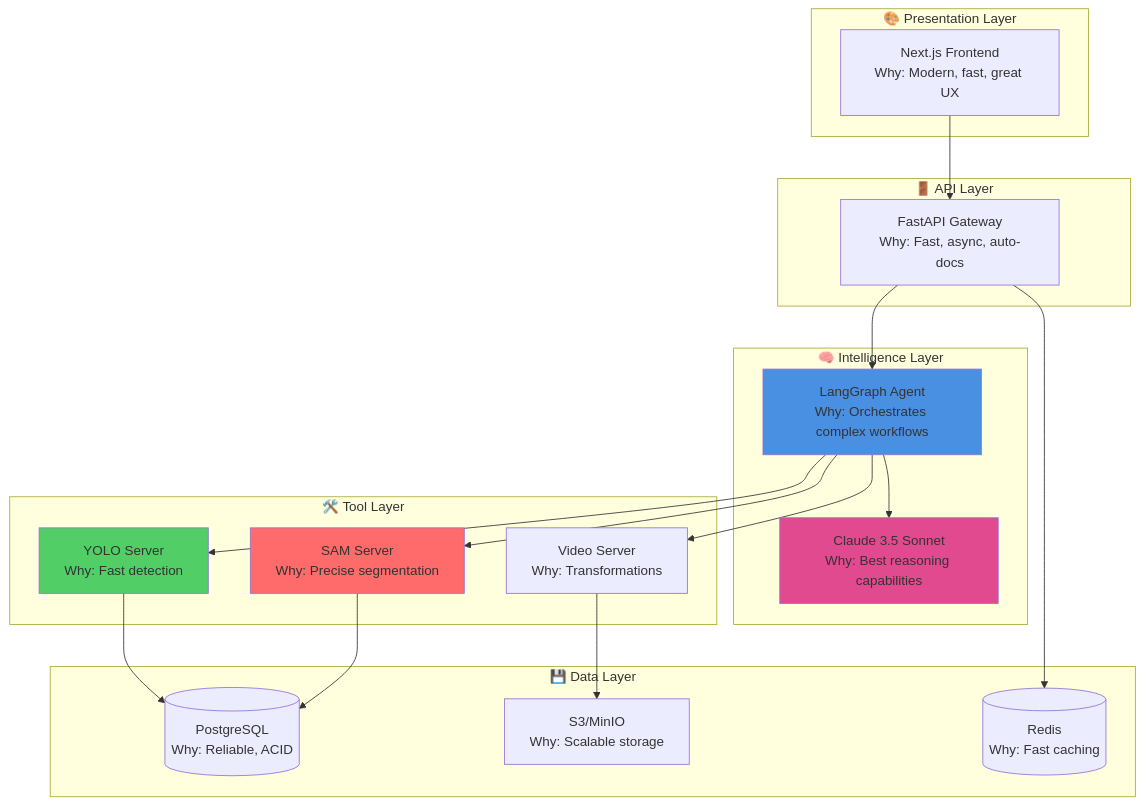
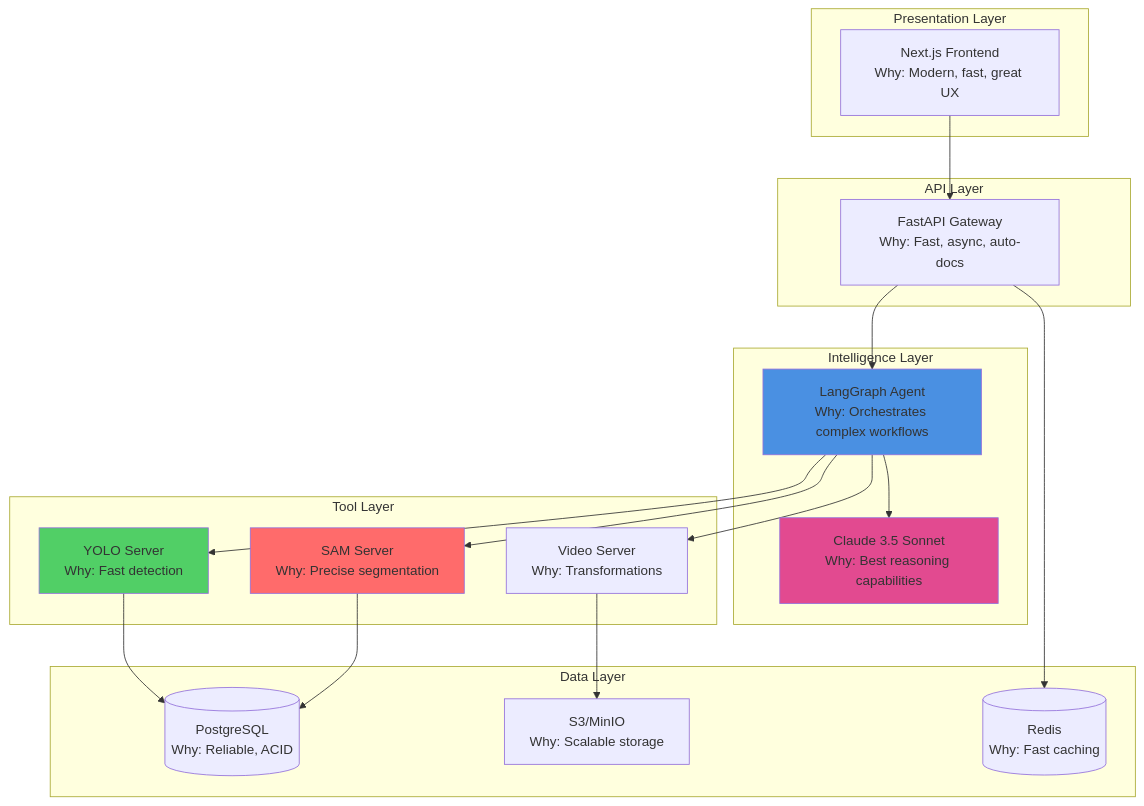
One commit to Omenranr/rag-video changed the third of 35 diagrams in README.md. Above: the diagram before and after it, drawn with Mermaid. The commit also changed other lines of this file, not shown here.

````diff
--- a/README.md
+++ b/README.md
@@ -71,43 +71,43 @@
 ```mermaid
 graph TB
-    subgraph "🎨 Presentation Layer"
+    subgraph "Presentation Layer"
         UI[Next.js Frontend<br/>Why: Modern, fast, great UX]
     end
     
-    subgraph "🚪 API Layer"
+    subgraph "API Layer"
         API[FastAPI Gateway<br/>Why: Fast, async, auto-docs]
     end
     
-    subgraph "🧠 Intelligence Layer"
+    subgraph "Intelligence Layer"
         Agent[LangGraph Agent<br/>Why: Orchestrates complex workflows]
         Claude[Claude 3.5 Sonnet<br/>Why: Best reasoning capabilities]
     end
     
-    subgraph "🛠️ Tool Layer"
+    subgraph "Tool Layer"
         YOLO[YOLO Server<br/>Why: Fast detection]
         SAM[SAM Server<br/>Why: Precise segmentation]
         Video[Video Server<br/>Why: Transformations]
     end
     
-    subgraph "💾 Data Layer"
+    subgraph "Data Layer"
         DB[(PostgreSQL<br/>Why: Reliable, ACID)]
         Storage[S3/MinIO<br/>Why: Scalable storage]
         Cache[(Redis<br/>Why: Fast caching)]
     end
     
     UI --> API
     API --> Agent
     Agent --> Claude
     Agent --> YOLO
     Agent --> SAM
     Agent --> Video
     YOLO --> DB
     SAM --> DB
     Video --> Storage
     API --> Cache
     
     style Agent fill:#4a90e2
     style Claude fill:#e24a90
     style YOLO fill:#51cf66
     style SAM fill:#ff6b6b
 ```
````
